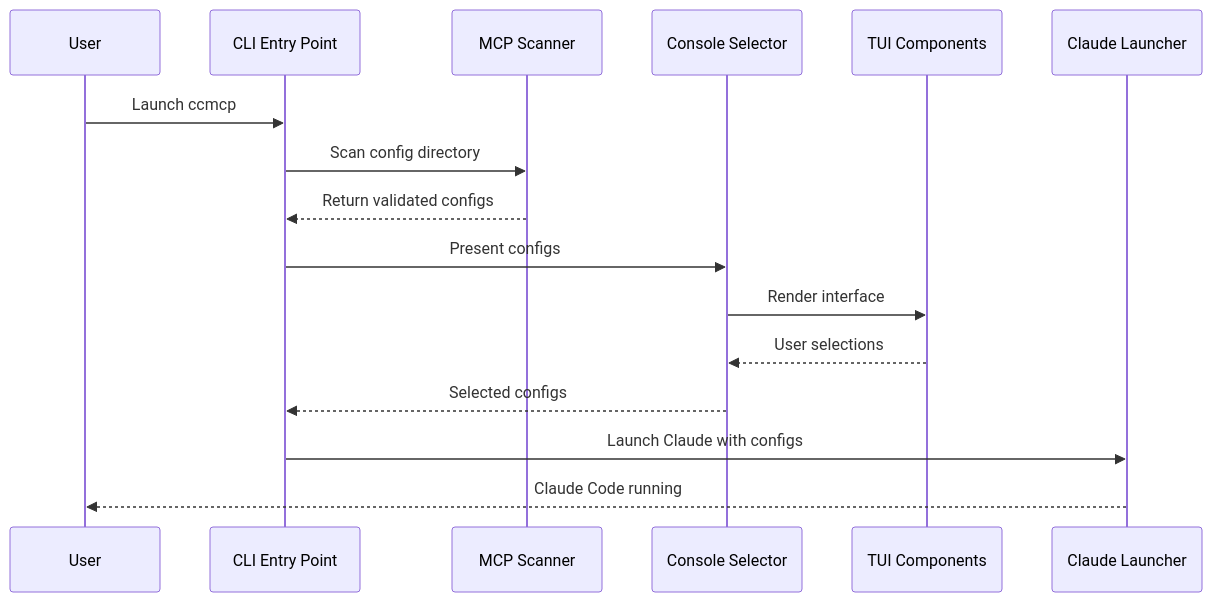
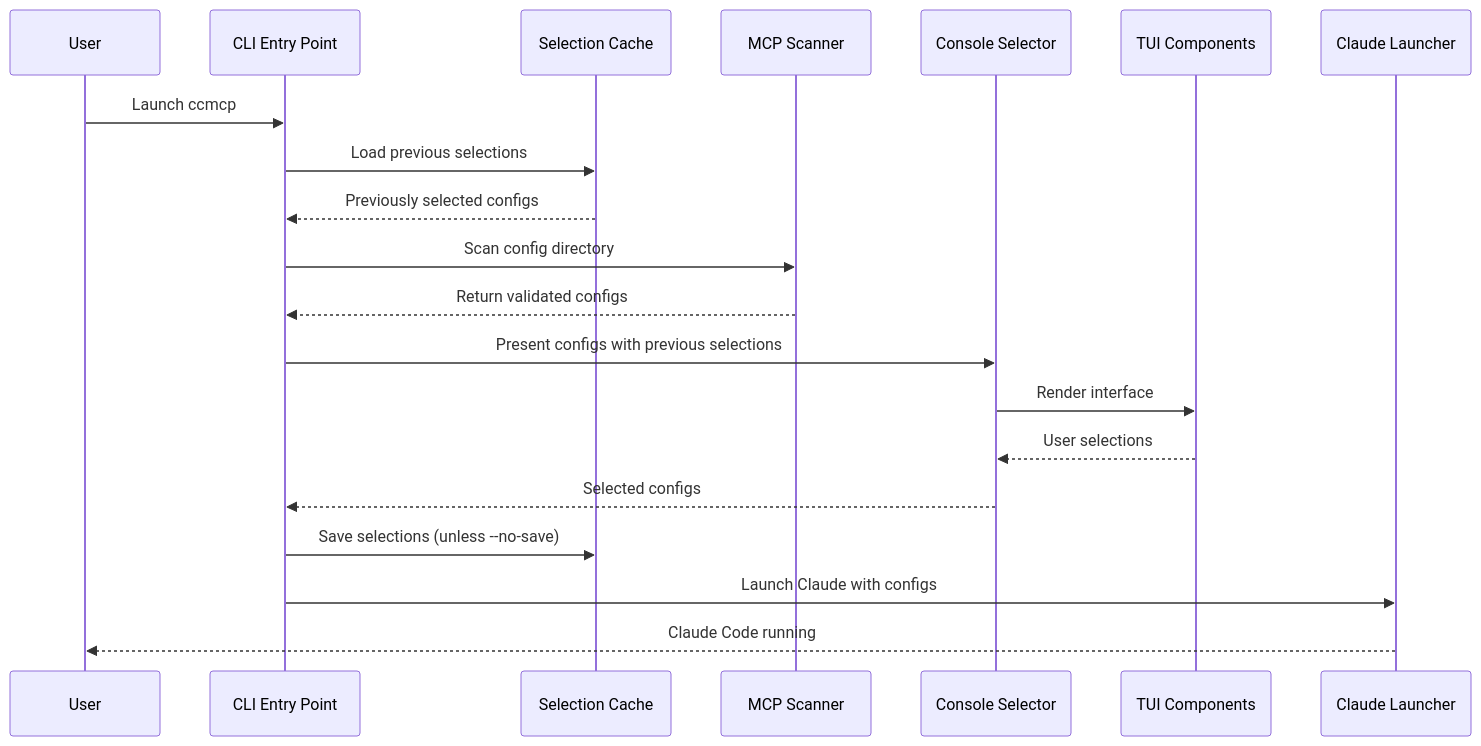
The second of 5 diagrams in specs/architecture.md (gsong/ccmcp), drawn with Mermaid before and after one commit. The commit also changed other lines of this file and 8 other files, not shown here.

````diff
--- a/specs/architecture.md
+++ b/specs/architecture.md
@@ -135,19 +162,23 @@
 ```mermaid
 sequenceDiagram
     participant User
     participant CLI as CLI Entry Point
+    participant Cache as Selection Cache
     participant Scanner as MCP Scanner
     participant Selector as Console Selector
     participant TUI as TUI Components
     participant Launcher as Claude Launcher
 
     User->>CLI: Launch ccmcp
+    CLI->>Cache: Load previous selections
+    Cache-->>CLI: Previously selected configs
     CLI->>Scanner: Scan config directory
     Scanner-->>CLI: Return validated configs
-    CLI->>Selector: Present configs
+    CLI->>Selector: Present configs with previous selections
     Selector->>TUI: Render interface
     TUI-->>Selector: User selections
     Selector-->>CLI: Selected configs
+    CLI->>Cache: Save selections (unless --no-save)
     CLI->>Launcher: Launch Claude with configs
     Launcher-->>User: Claude Code running
 ```
````
